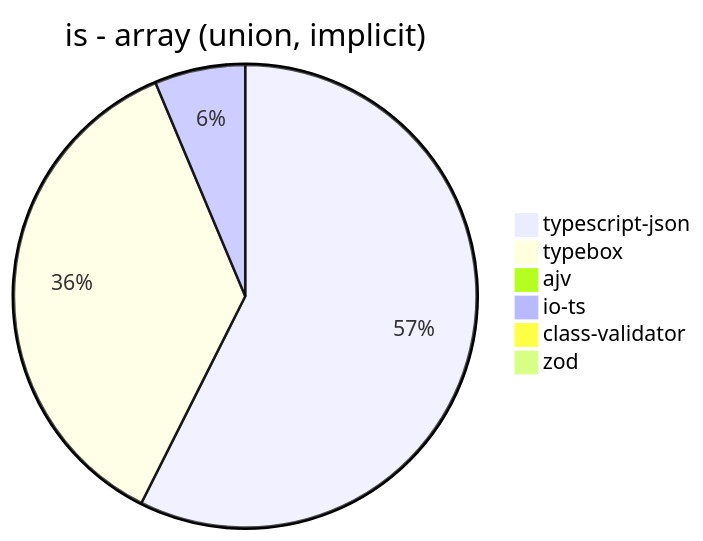
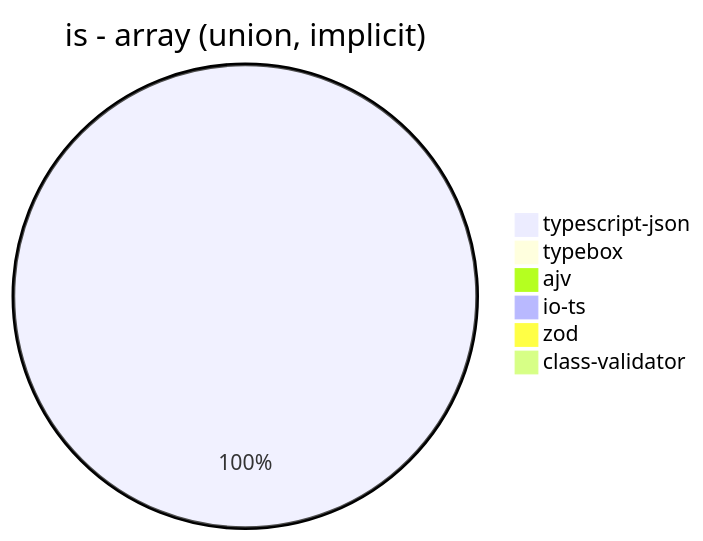
The seventh of 39 diagrams in benchmark/results/AMD Ryzen 7 5800H with Radeon Graphics.md (samchon/typia), drawn with Mermaid before and after one commit. The commit also changed other lines of this file and 3 other files, not shown here.

````diff
--- a/benchmark/results/AMD Ryzen 7 5800H with Radeon Graphics.md
+++ b/benchmark/results/AMD Ryzen 7 5800H with Radeon Graphics.md
@@ -87,9 +87,9 @@
 ```mermaid
 pie title is - array (union, implicit)
-  "typescript-json": 3823.2295649007824
-  "typebox": 2414.997243153832
+  "typescript-json": 1638.903912024518
+  "typebox": 0
   "ajv": 0
-  "io-ts": 421.9674556213017
-  "class-validator": 8.397225264695145
-  "zod": 3.6087369420702755
+  "io-ts": 0
+  "zod": 1.869158878504673
+  "class-validator": 4.43213296398892
 ```
````
